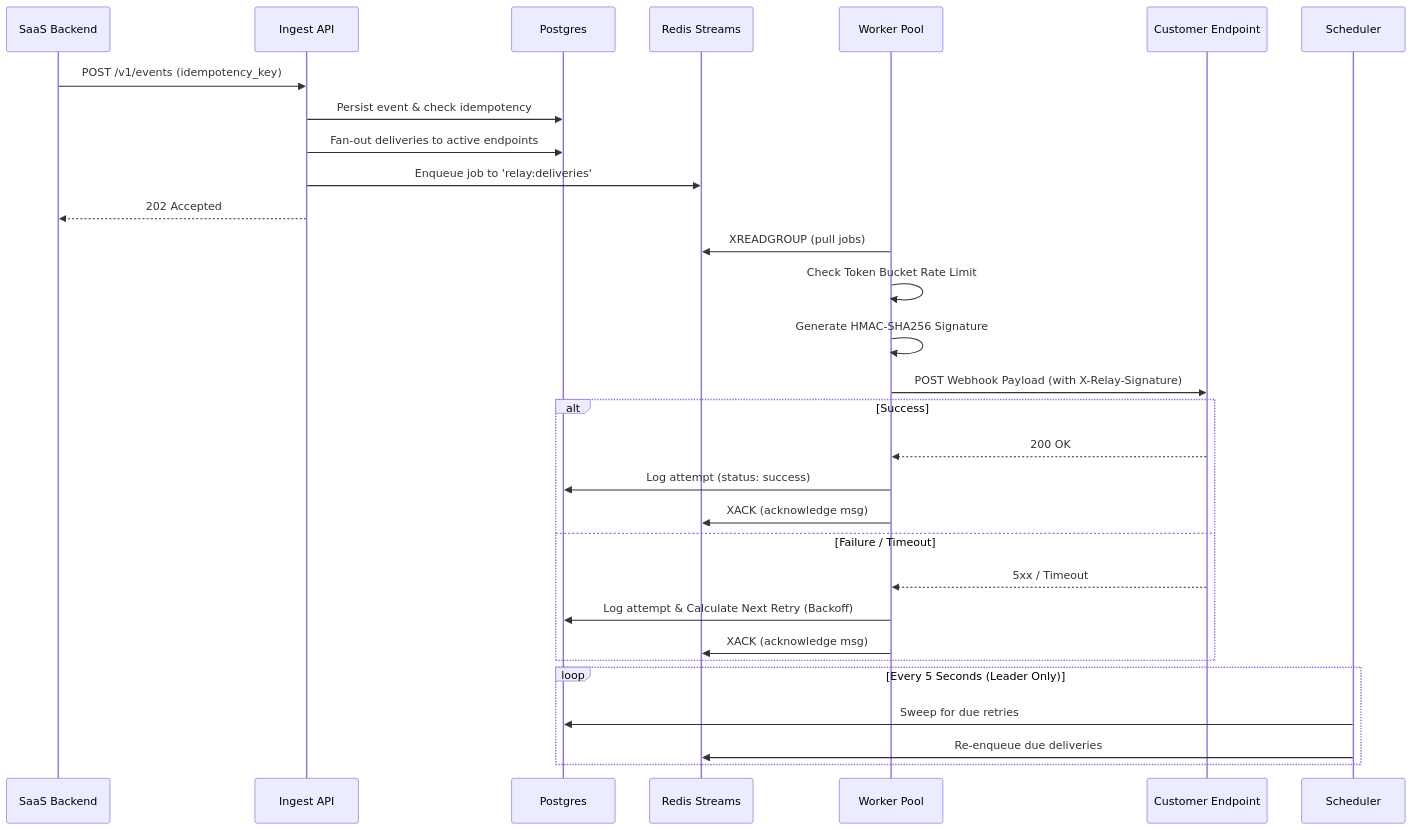
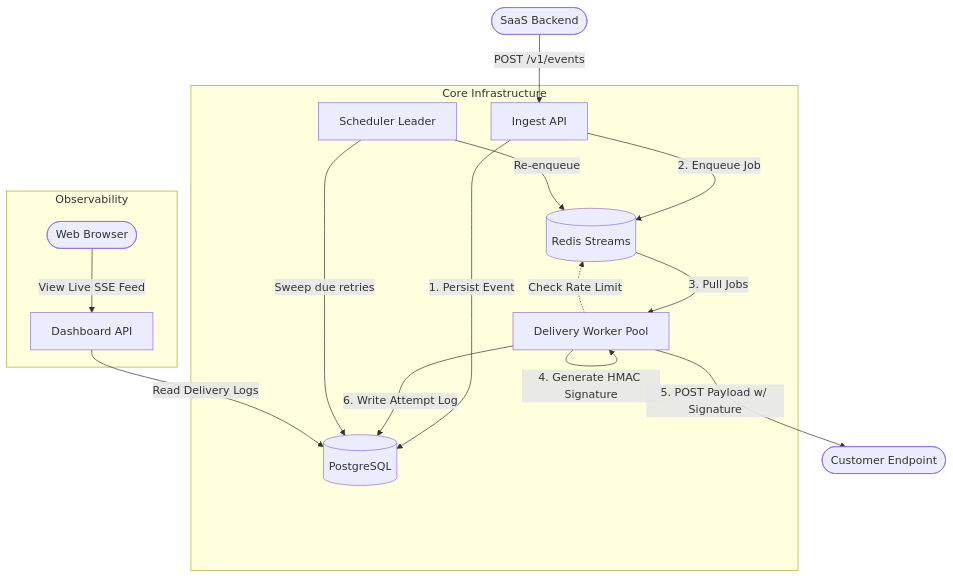
The diagram in README.md (ananyapahwa/relay), drawn with Mermaid before and after one commit.

Commit message:
flowchart added

````diff
--- a/README.md
+++ b/README.md
@@ -13,36 +13,25 @@
 ```mermaid
-sequenceDiagram
-    participant SaaS as SaaS Backend
-    participant Ingest as Ingest API
-    participant DB as Postgres
-    participant Redis as Redis Streams
-    participant Worker as Worker Pool
-    participant Endpoints as Customer Endpoint
-    participant Scheduler as Scheduler
-
-    SaaS->>Ingest: POST /v1/events (idempotency_key)
-    Ingest->>DB: Persist event & check idempotency
-    Ingest->>DB: Fan-out deliveries to active endpoints
-    Ingest->>Redis: Enqueue job to 'relay:deliveries'
-    Ingest-->>SaaS: 202 Accepted
+flowchart TD
+    SaaS([SaaS Backend]) -->|POST /v1/events| Ingest[Ingest API]
     
-    Worker->>Redis: XREADGROUP (pull jobs)
-    Worker->>Worker: Check Token Bucket Rate Limit
-    Worker->>Worker: Generate HMAC-SHA256 Signature
-    Worker->>Endpoints: POST Webhook Payload (with X-Relay-Signature)
-    
-    alt Success
-        Endpoints-->>Worker: 200 OK
-        Worker->>DB: Log attempt (status: success)
-        Worker->>Redis: XACK (acknowledge msg)
-    else Failure / Timeout
-        Endpoints-->>Worker: 5xx / Timeout
-        Worker->>DB: Log attempt & Calculate Next Retry (Backoff)
-        Worker->>Redis: XACK (acknowledge msg)
+    subgraph Core Infrastructure
+        Ingest -->|1. Persist Event| DB[(PostgreSQL)]
+        Ingest -->|2. Enqueue Job| Redis[(Redis Streams)]
+        
+        Redis -->|3. Pull Jobs| Worker[Delivery Worker Pool]
+        
+        Worker -.->|Check Rate Limit| Redis
+        Worker -->|4. Generate HMAC Signature| Worker
+        Worker -->|6. Write Attempt Log| DB
+        
+        Scheduler[Scheduler Leader] -->|Sweep due retries| DB
+        Scheduler -->|Re-enqueue| Redis
     end
     
-    loop Every 5 Seconds (Leader Only)
-        Scheduler->>DB: Sweep for due retries
-        Scheduler->>Redis: Re-enqueue due deliveries
+    Worker -->|5. POST Payload w/ Signature| Customer([Customer Endpoint])
+    
+    subgraph Observability
+        Dashboard[Dashboard API] -->|Read Delivery Logs| DB
+        Client([Web Browser]) -->|View Live SSE Feed| Dashboard
     end
 ```
````
